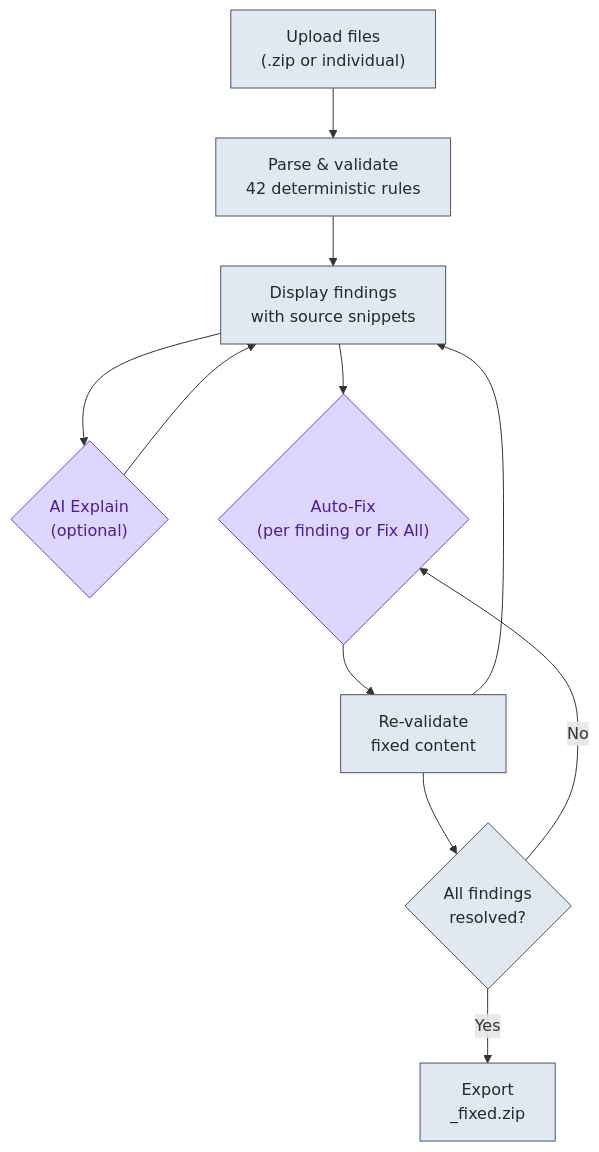
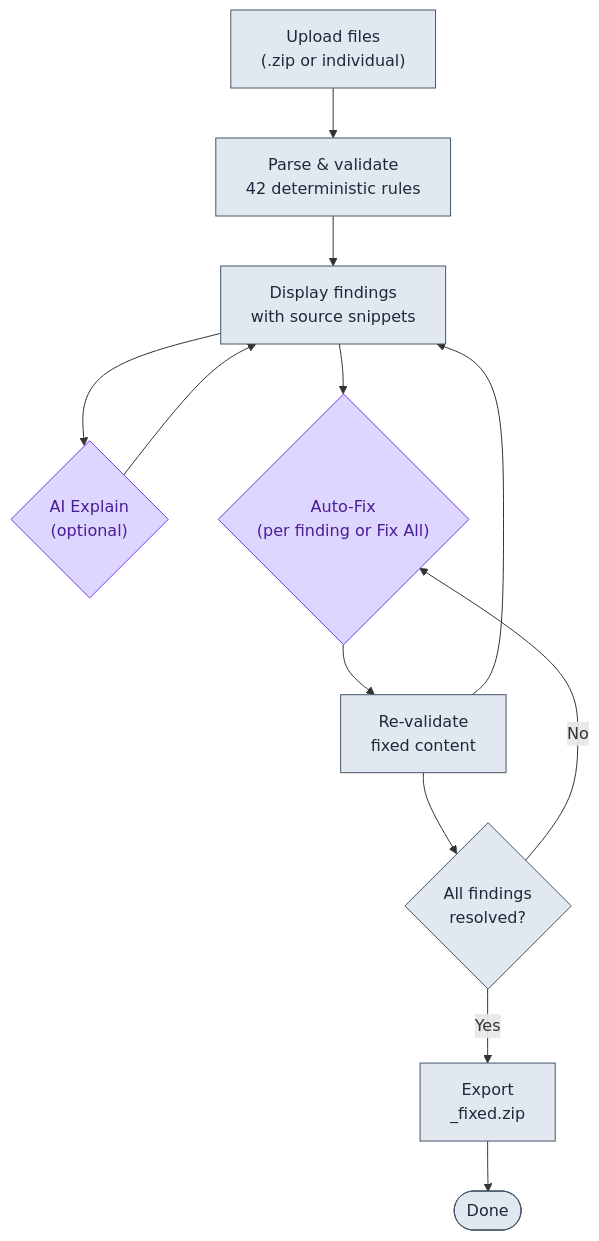
The diagram in README.md (snedea/ArcaneAuditor), drawn with Mermaid before and after one commit.

Commit message:
docs: add terminal node to flow diagram

````diff
--- a/README.md
+++ b/README.md
@@ -266,22 +266,24 @@
 ```mermaid
 flowchart TD
     A["Upload files\n(.zip or individual)"] --> B["Parse & validate\n42 deterministic rules"]
     B --> C["Display findings\nwith source snippets"]
     C --> D{"AI Explain\n(optional)"}
     D --> C
     C --> E{"Auto-Fix\n(per finding or Fix All)"}
     E --> F["Re-validate\nfixed content"]
     F --> C
     F --> G{"All findings\nresolved?"}
     G -- No --> E
     G -- Yes --> H["Export\n_fixed.zip"]
+    H --> I(["Done"])
 
     style A fill:#e2e8f0,stroke:#475569,color:#1e293b
     style B fill:#e2e8f0,stroke:#475569,color:#1e293b
     style C fill:#e2e8f0,stroke:#475569,color:#1e293b
     style F fill:#e2e8f0,stroke:#475569,color:#1e293b
     style H fill:#e2e8f0,stroke:#475569,color:#1e293b
     style D fill:#ddd6fe,stroke:#7c3aed,color:#4c1d95
     style E fill:#ddd6fe,stroke:#7c3aed,color:#4c1d95
     style G fill:#e2e8f0,stroke:#475569,color:#1e293b
+    style I fill:#e2e8f0,stroke:#475569,color:#1e293b
 ```
````
